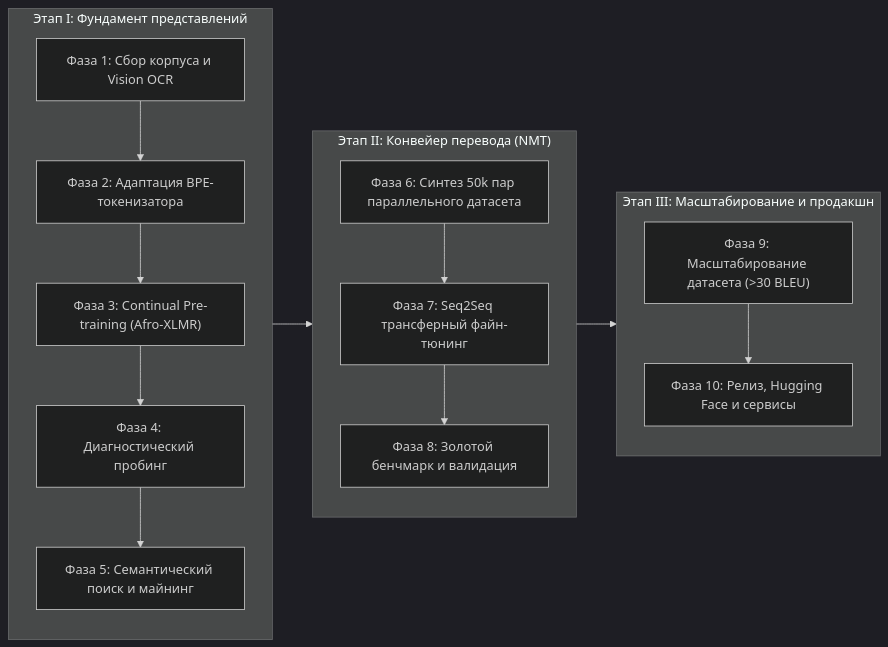
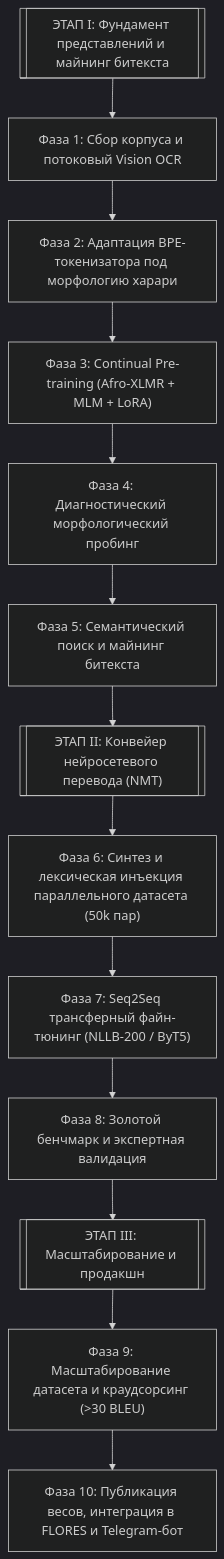
Before and after one commit to bogdanborovoy/harari-nmt: the third of 6 diagrams in README_RU.md, drawn with Mermaid (dark theme). The commit also changed 2 other files, not shown here.

Commit message:
Fix Section 5 diagram: restore vertical flowchart TD with milestone headers across all READMEs

````diff
--- a/README_RU.md
+++ b/README_RU.md
@@ -157,30 +157,24 @@
 ```mermaid
-flowchart LR
-    subgraph Stage1 ["Этап I: Фундамент представлений"]
-        direction TB
-        P1["Фаза 1: Сбор корпуса и Vision OCR"]
-        P2["Фаза 2: Адаптация BPE-токенизатора"]
-        P3["Фаза 3: Continual Pre-training (Afro-XLMR)"]
-        P4["Фаза 4: Диагностический пробинг"]
-        P5["Фаза 5: Семантический поиск и майнинг"]
-        P1 --> P2 --> P3 --> P4 --> P5
-    end
+flowchart TD
+    S1[["ЭТАП I: Фундамент представлений и майнинг битекста"]]
+    P1["Фаза 1: Сбор корпуса и потоковый Vision OCR"]
+    P2["Фаза 2: Адаптация BPE-токенизатора под морфологию харари"]
+    P3["Фаза 3: Continual Pre-training (Afro-XLMR + MLM + LoRA)"]
+    P4["Фаза 4: Диагностический морфологический пробинг"]
+    P5["Фаза 5: Семантический поиск и майнинг битекста"]
 
-    subgraph Stage2 ["Этап II: Конвейер перевода (NMT)"]
-        direction TB
-        P6["Фаза 6: Синтез 50k пар параллельного датасета"]
-        P7["Фаза 7: Seq2Seq трансферный файн-тюнинг"]
-        P8["Фаза 8: Золотой бенчмарк и валидация"]
-        P6 --> P7 --> P8
-    end
+    S2[["ЭТАП II: Конвейер нейросетевого перевода (NMT)"]]
+    P6["Фаза 6: Синтез и лексическая инъекция параллельного датасета (50k пар)"]
+    P7["Фаза 7: Seq2Seq трансферный файн-тюнинг (NLLB-200 / ByT5)"]
+    P8["Фаза 8: Золотой бенчмарк и экспертная валидация"]
 
-    subgraph Stage3 ["Этап III: Масштабирование и продакшн"]
-        direction TB
-        P9["Фаза 9: Масштабирование датасета (>30 BLEU)"]
-        P10["Фаза 10: Релиз, Hugging Face и сервисы"]
-        P9 --> P10
-    end
+    S3[["ЭТАП III: Масштабирование и продакшн"]]
+    P9["Фаза 9: Масштабирование датасета и краудсорсинг (>30 BLEU)"]
+    P10["Фаза 10: Публикация весов, интеграция в FLORES и Telegram-бот"]
 
-    P5 --> P6
-    P8 --> P9
+    S1 --> P1 --> P2 --> P3 --> P4 --> P5
+    P5 --> S2
+    S2 --> P6 --> P7 --> P8
+    P8 --> S3
+    S3 --> P9 --> P10
 ```
````
